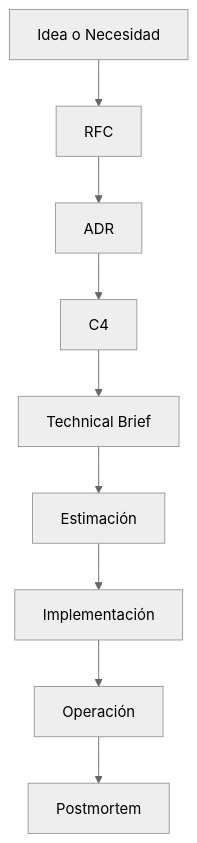
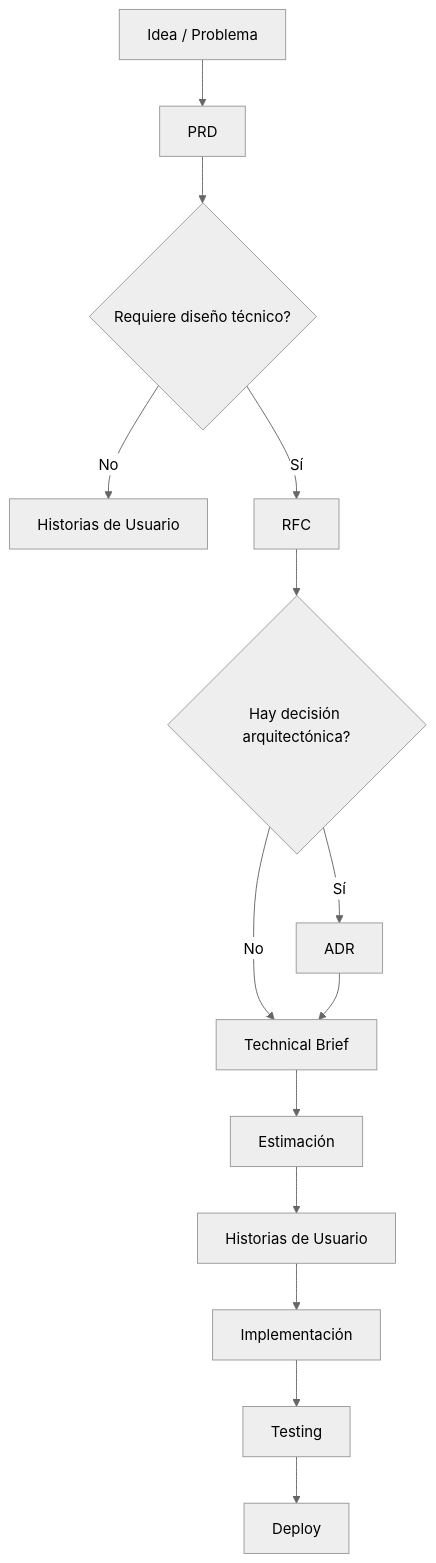
Before and after one commit to Salemi91/architect-journey: the diagram in README.md, drawn with Mermaid (neutral theme). The commit also changed other lines of this file, not shown here.

````diff
--- a/README.md
+++ b/README.md
@@ -36,19 +36,29 @@
 ```mermaid
 flowchart TD
 
-A[Idea o Necesidad] --> B[RFC]
+A[Idea / Problema] --> B[PRD]
 
-B --> C[ADR]
+B --> C{Requiere diseño técnico?}
 
-C --> D[C4]
+C -->|No| D[Historias de Usuario]
 
-D --> E[Technical Brief]
+C -->|Sí| E[RFC]
 
-E --> F[Estimación]
+E --> F{Hay decisión arquitectónica?}
 
-F --> G[Implementación]
+F -->|No| G[Technical Brief]
 
-G --> H[Operación]
+F -->|Sí| H[ADR]
 
-H --> I[Postmortem]
+H --> G
+
+G --> I[Estimación]
+
+I --> J[Historias de Usuario]
+
+J --> K[Implementación]
+
+K --> L[Testing]
+
+L --> M[Deploy]
 ```
````
